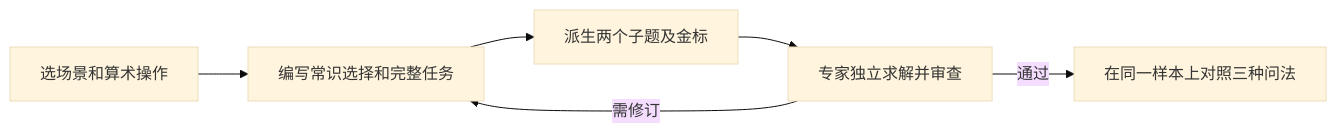
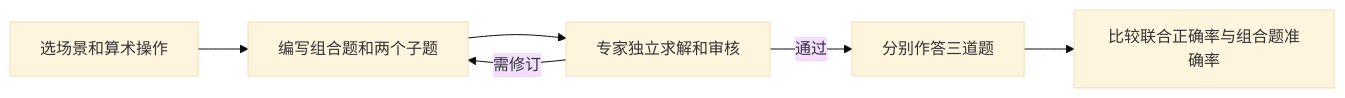
Before and after one commit to fan-tian-xing/Ontology: the diagram in agent经验/Benchmark生成与经验评测/AgentCoMa.md, drawn with Mermaid (base theme). The commit also changed other lines of this file and 3 other files, not shown here.

````diff
--- a/agent经验/Benchmark生成与经验评测/AgentCoMa.md
+++ b/agent经验/Benchmark生成与经验评测/AgentCoMa.md
@@ -41,8 +23,8 @@
 ```mermaid
 flowchart LR
-    A[选场景和算术操作] --> B[编写常识选择和完整任务]
-    B --> C[派生两个子题及金标]
-    C --> D[专家独立求解并审查]
-    D -->|需修订| B
-    D -->|通过| E[在同一样本上对照三种问法]
+    A[选场景和算术操作] --> B[编写组合题和两个子题]
+    B --> C[专家独立求解和审核]
+    C -->|需修订| B
+    C -->|通过| D[分别作答三道题]
+    D --> E[比较联合正确率与组合题准确率]
 ```
````
